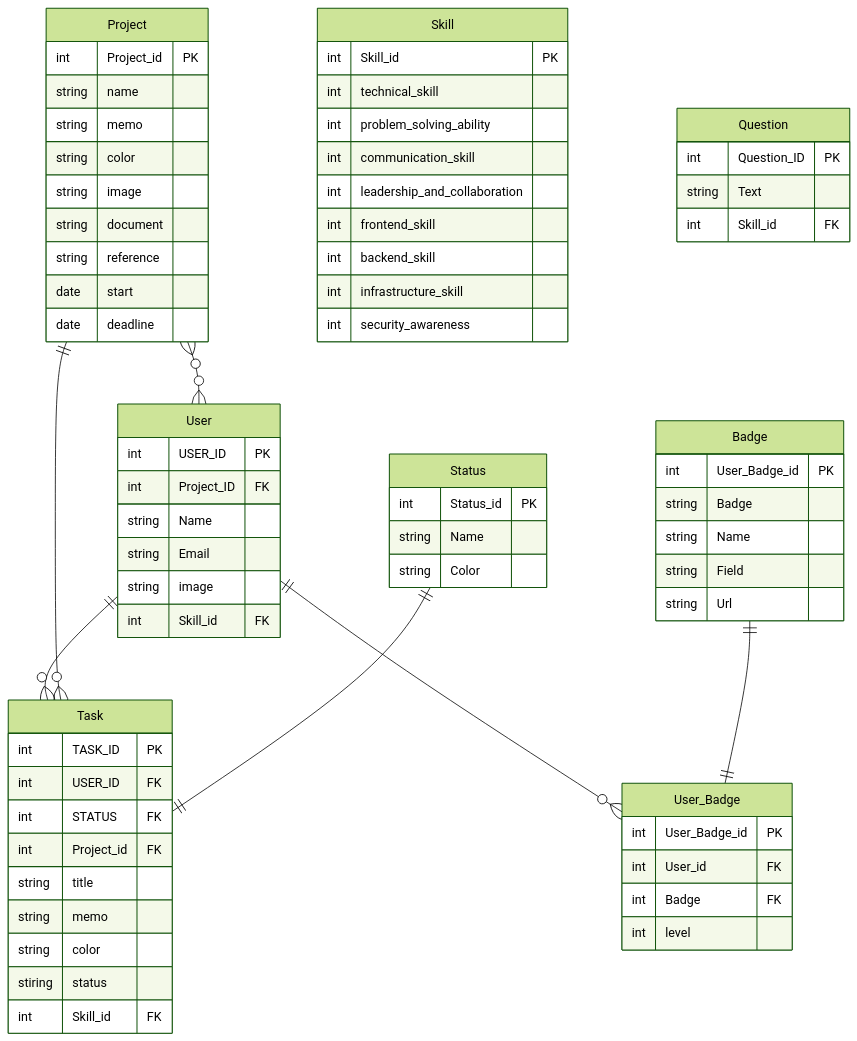
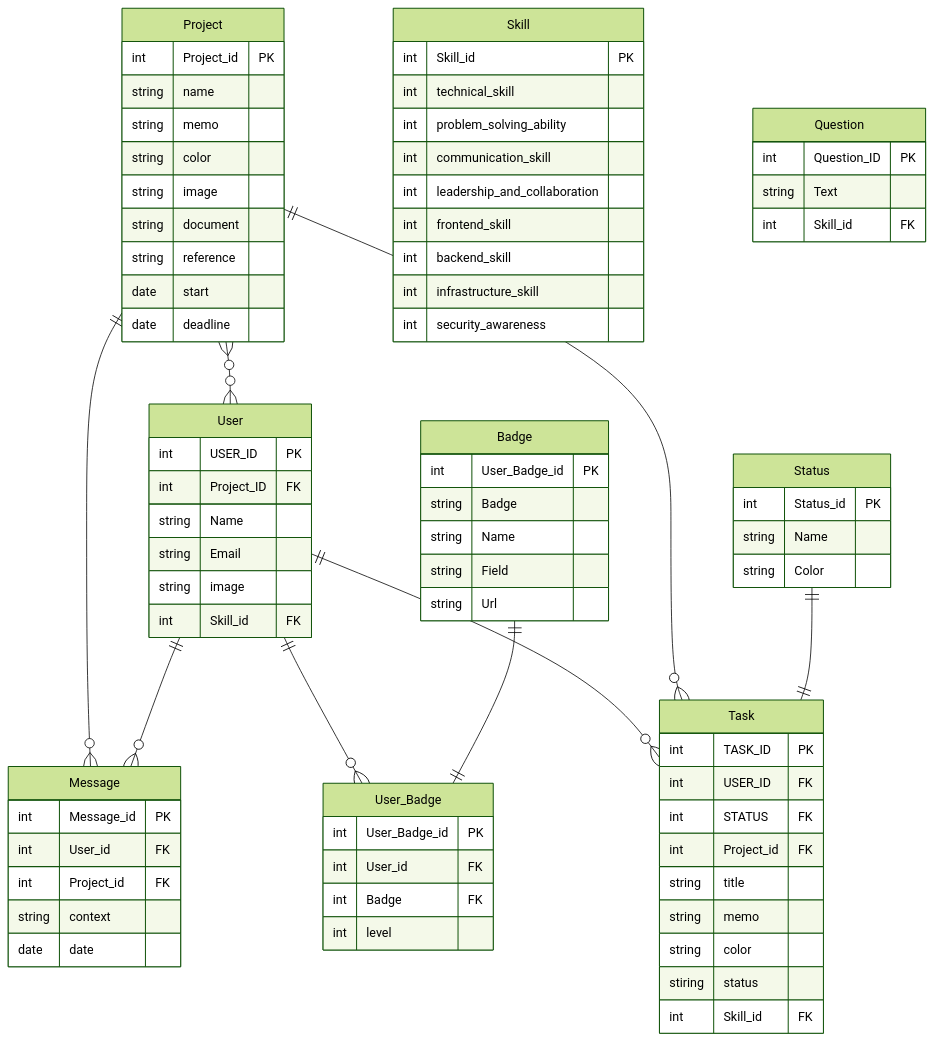
The diagram in README.md (QWERTOP18/SKILL-MATCH-API-MONGO), drawn with Mermaid (forest theme) before and after one commit. The commit also changed 5 other files, not shown here.

````diff
--- a/README.md
+++ b/README.md
@@ -32,6 +32,8 @@
 Badge ||--|| User_Badge : ""
 Project ||--o{ Task : ""
 Status ||--|| Task : ""
+Project ||--o{ Message : ""
+User ||--o{ Message : ""
 
 
     Project {
@@ -106,4 +108,12 @@
         string Name
         string Color
     }
+
+    Message {
+        int Message_id PK
+        int User_id FK
+        int Project_id FK
+        string context
+        date date
+    }
 ```
````
